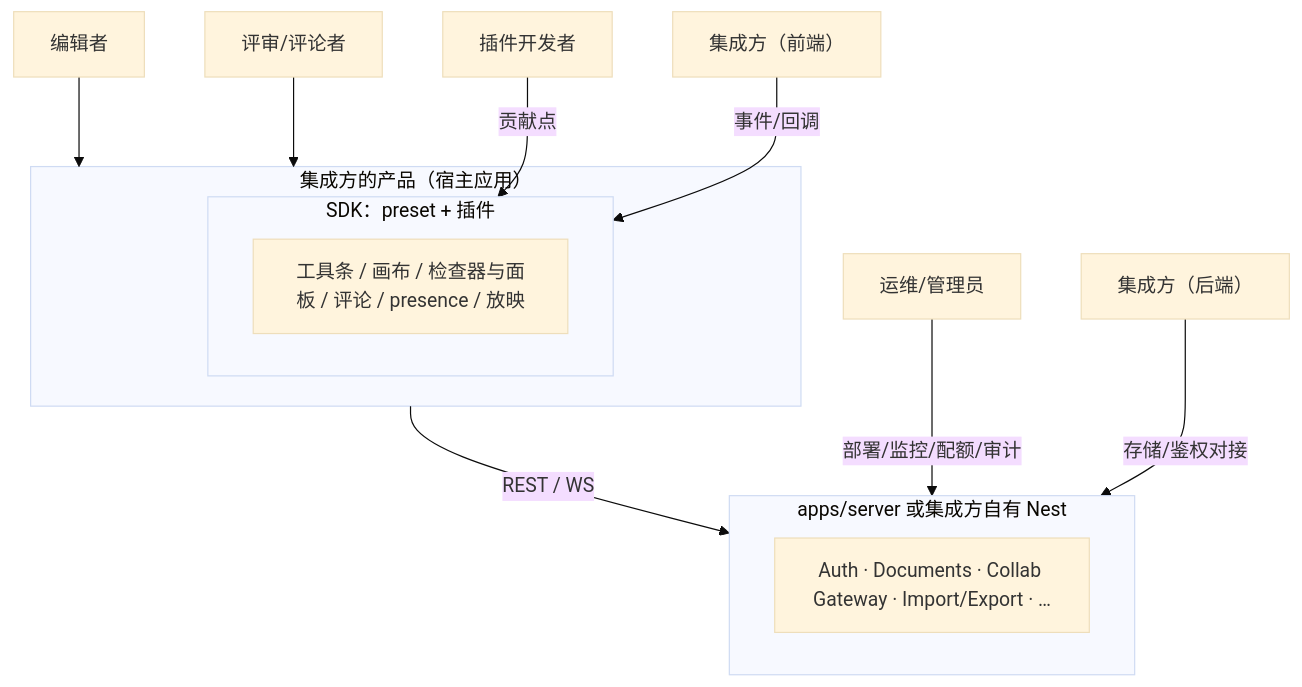
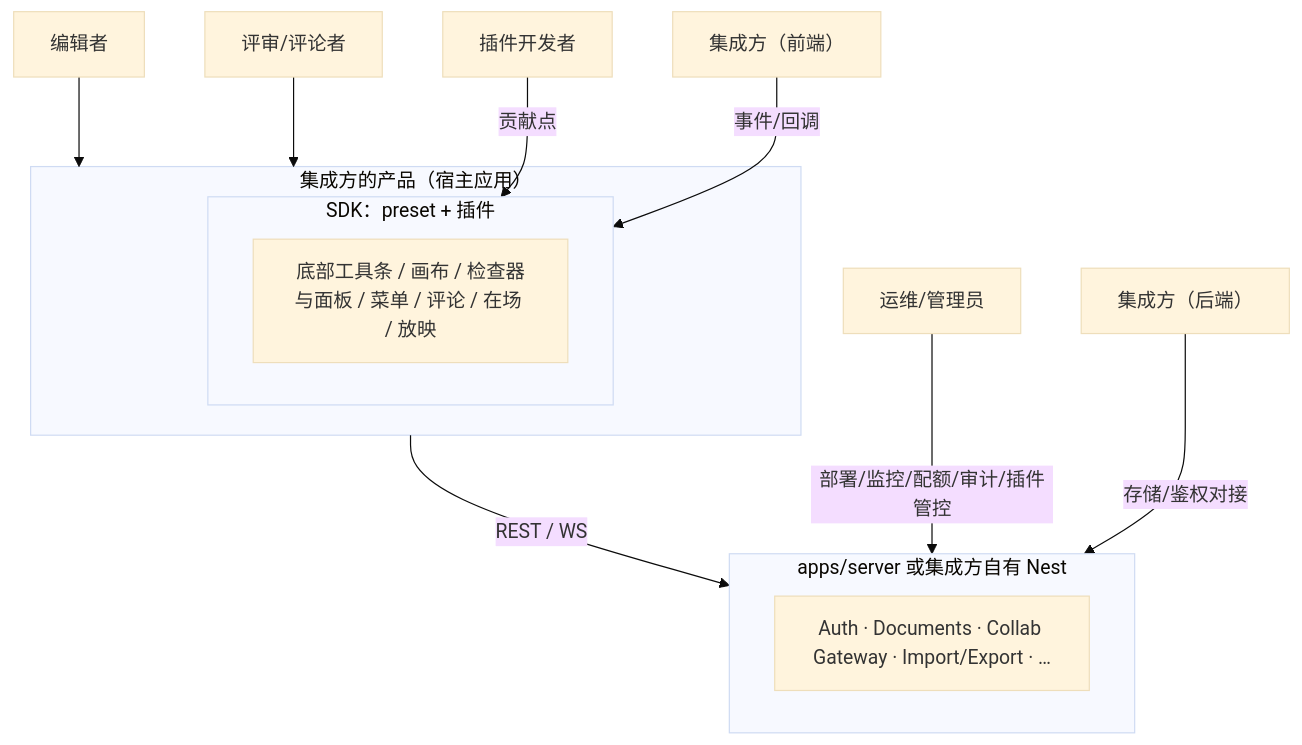
Before and after one commit to Xeonice/cordis-ppt-editor: the diagram in docs/10-prd/02-personas-and-scenarios.md, drawn with Mermaid (base theme). The commit also changed other lines of this file and 19 other files, not shown here.

````diff
--- a/docs/10-prd/02-personas-and-scenarios.md
+++ b/docs/10-prd/02-personas-and-scenarios.md
@@ -13,24 +13,24 @@
 ```mermaid
 flowchart TB
   editor["编辑者"]
   reviewer["评审/评论者"]
   plugindev["插件开发者"]
   fe["集成方（前端）"]
   subgraph host["集成方的产品（宿主应用）"]
     subgraph sdk["SDK：preset + 插件"]
-      surfaces["工具条 / 画布 / 检查器与面板 / 评论 / presence / 放映"]
+      surfaces["底部工具条 / 画布 / 检查器与面板 / 菜单 / 评论 / 在场 / 放映"]
     end
   end
   subgraph server["apps/server 或集成方自有 Nest"]
     modules["Auth · Documents · Collab Gateway · Import/Export · …"]
   end
   ops["运维/管理员"]
   be["集成方（后端）"]
   editor --> host
   reviewer --> host
   plugindev -->|"贡献点"| sdk
   fe -->|"事件/回调"| sdk
   host -->|"REST / WS"| server
-  ops -->|"部署/监控/配额/审计"| server
+  ops -->|"部署/监控/配额/审计/插件管控"| server
   be -->|"存储/鉴权对接"| server
 ```
````
